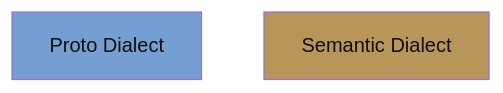
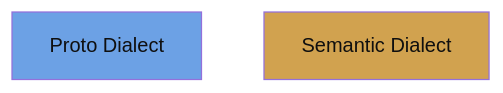
One commit to alnovis/nebula changed the second of 3 diagrams in docs/MERMAID_EXPORT.md. Above: the diagram before and after it, drawn with Mermaid. The commit also changed other lines of this file and 20 other files, not shown here.

````diff
--- a/docs/MERMAID_EXPORT.md
+++ b/docs/MERMAID_EXPORT.md
@@ -214,8 +214,8 @@
 ```mermaid
 flowchart TB
     P["Proto Dialect"]
     S["Semantic Dialect"]
 
-    style P fill:#759ed2,color:#0f0f0f
-    style S fill:#b89559,color:#0f0f0f
+    style P fill:#6ca1e5,color:#0f0f0f
+    style S fill:#d1a24f,color:#0f0f0f
 ```
````
